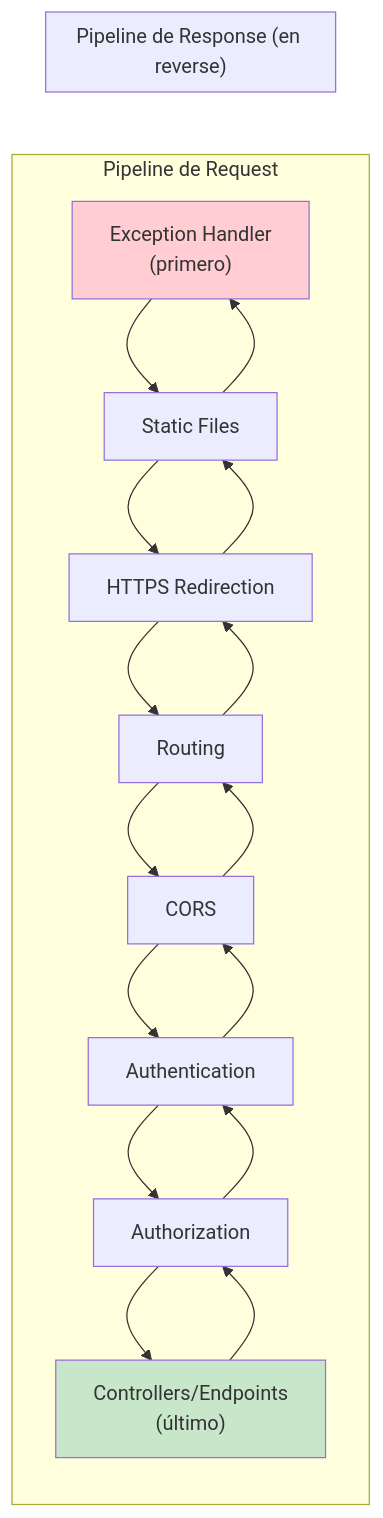
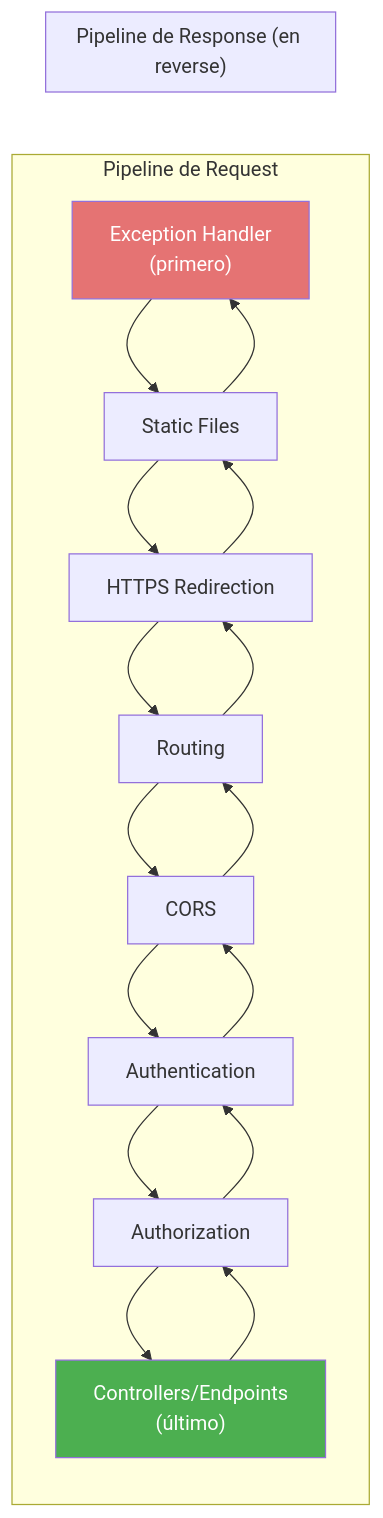
The fourth of 8 diagrams in doc/02-arquitectura-pipeline-http.md (joseluisgs/TiendaDawApi-NetCore), drawn with Mermaid before and after one commit. The commit also changed other lines of this file and 6 other files, not shown here.

Commit message:
docs: Corregir colores de diagramas Mermaid y comentarios en Program.cs

````diff
--- a/doc/02-arquitectura-pipeline-http.md
+++ b/doc/02-arquitectura-pipeline-http.md
@@ -418,19 +418,19 @@
 ```mermaid
 flowchart LR
     subgraph "Pipeline de Request"
         A["Exception Handler<br/>(primero)"] --> B["Static Files"]
         B --> C["HTTPS Redirection"]
         C --> D["Routing"]
         D --> E["CORS"]
         E --> F["Authentication"]
         F --> G["Authorization"]
         G --> H["Controllers/Endpoints<br/>(último)"]
     end
     
     subgraph "Pipeline de Response (en reverse)"
         H --> G --> F --> E --> D --> C --> B --> A
     end
     
-    style A fill:#FFCDD2
-    style H fill:#C8E6C9
+    style A fill:#E57373,color:#ffffff
+    style H fill:#4CAF50,color:#ffffff
 ```
````
